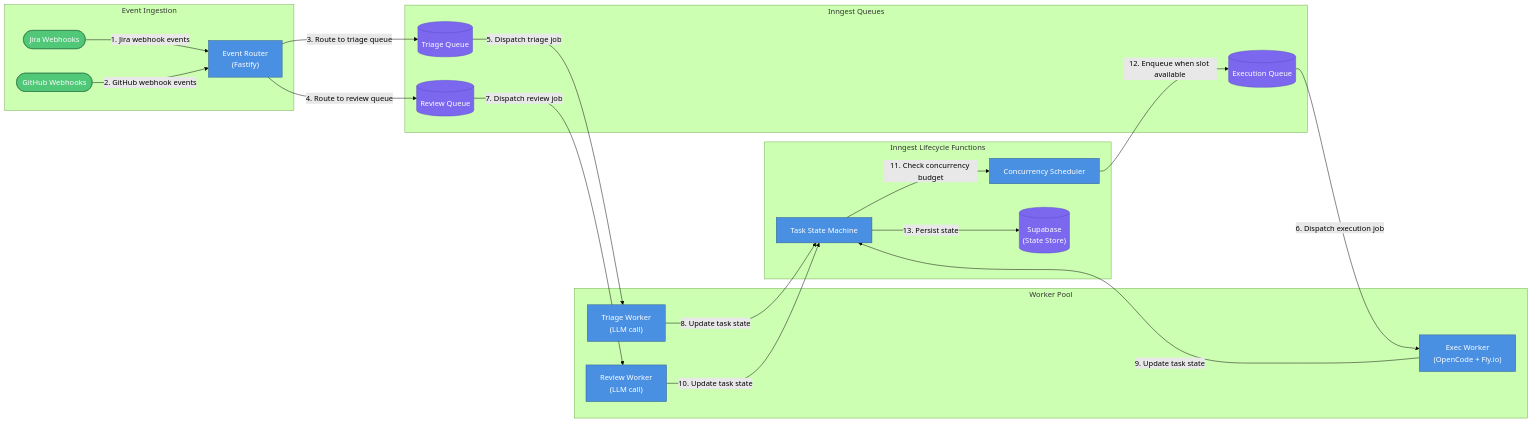
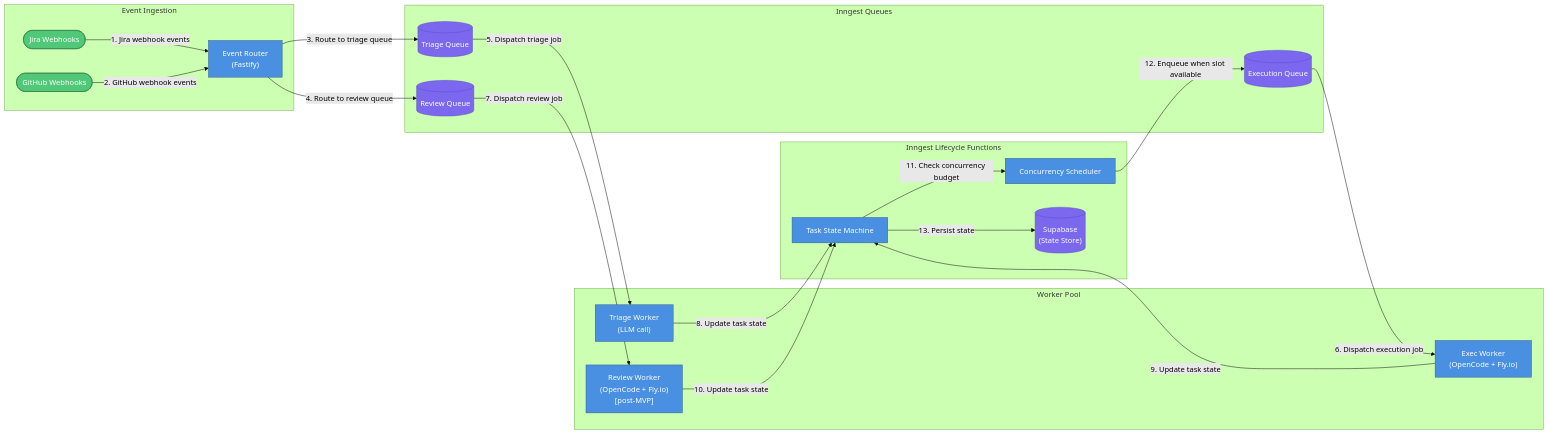
The tenth of 16 diagrams in docs/2026-03-22-2317-ai-employee-architecture.md (viiqswim/dozaldevs-ai-employee), drawn with Mermaid (forest theme) before and after one commit. The commit also changed other lines of this file, not shown here.

Commit message:
docs(architecture): redefine MVP scope — remove review agent, narrow to M1+M3

````diff
--- a/docs/2026-03-22-2317-ai-employee-architecture.md
+++ b/docs/2026-03-22-2317-ai-employee-architecture.md
@@ -1026,44 +1021,44 @@
 ```mermaid
 graph LR
     subgraph Event Ingestion
         WH1(["Jira Webhooks"]):::event
         WH2(["GitHub Webhooks"]):::event
         ROUTER["Event Router\n(Fastify)"]:::service
     end
 
     subgraph Inngest Queues
         Q_TRIAGE[("Triage Queue")]:::storage
         Q_EXEC[("Execution Queue")]:::storage
         Q_REVIEW[("Review Queue")]:::storage
     end
 
     subgraph Inngest Lifecycle Functions
         SM["Task State Machine"]:::service
         SCHED["Concurrency Scheduler"]:::service
         SUPABASE[("Supabase\n(State Store)")]:::storage
     end
 
     subgraph Worker Pool
         T1["Triage Worker\n(LLM call)"]:::service
         E1["Exec Worker\n(OpenCode + Fly.io)"]:::service
-        R1["Review Worker\n(LLM call)"]:::service
+        R1["Review Worker\n(OpenCode + Fly.io)\n[post-MVP]"]:::service
     end
 
     WH1 -->|"1. Jira webhook events"| ROUTER
     WH2 -->|"2. GitHub webhook events"| ROUTER
     ROUTER -->|"3. Route to triage queue"| Q_TRIAGE
     ROUTER -->|"4. Route to review queue"| Q_REVIEW
     Q_TRIAGE -->|"5. Dispatch triage job"| T1
     Q_EXEC -->|"6. Dispatch execution job"| E1
     Q_REVIEW -->|"7. Dispatch review job"| R1
     T1 -->|"8. Update task state"| SM
     E1 -->|"9. Update task state"| SM
     R1 -->|"10. Update task state"| SM
     SM -->|"11. Check concurrency budget"| SCHED
     SCHED -->|"12. Enqueue when slot available"| Q_EXEC
     SM -->|"13. Persist state"| SUPABASE
 
     classDef service fill:#4A90E2,stroke:#2E5C8A,color:#fff
     classDef storage fill:#7B68EE,stroke:#5B4BC7,color:#fff
     classDef event fill:#50C878,stroke:#2D7A4A,color:#fff
 ```
````
